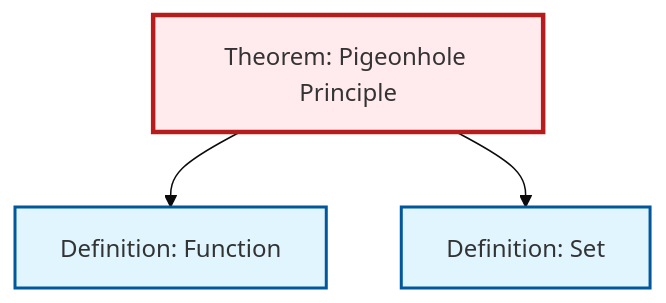
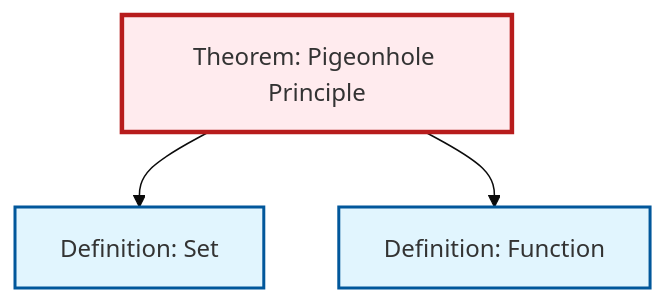
One commit to RK0429/ModernMath changed the diagram in content/en/combinatorics/thm-pigeonhole-principle.qmd. Above: the diagram before and after it, drawn with Mermaid (base theme). The commit also changed other lines of this file and 36 other files, not shown here.

````diff
--- a/content/en/combinatorics/thm-pigeonhole-principle.qmd
+++ b/content/en/combinatorics/thm-pigeonhole-principle.qmd
@@ -63,17 +64,17 @@
 ```{mermaid}
 %%| fig-cap: "Local dependency graph"
 graph TD
     classDef definition fill:#e1f5fe,stroke:#01579b,stroke-width:2px
     classDef theorem fill:#f3e5f5,stroke:#4a148c,stroke-width:2px
     classDef axiom fill:#fff3e0,stroke:#e65100,stroke-width:2px
     classDef example fill:#e8f5e9,stroke:#1b5e20,stroke-width:2px
     classDef current fill:#ffebee,stroke:#b71c1c,stroke-width:3px
-    def-set["Definition: Set"]:::definition
     thm-pigeonhole-principle["Theorem: Pigeonhole Principle"]:::theorem
     def-function["Definition: Function"]:::definition
+    def-set["Definition: Set"]:::definition
+    thm-pigeonhole-principle --> def-set
     thm-pigeonhole-principle --> def-function
-    thm-pigeonhole-principle --> def-set
     class thm-pigeonhole-principle current
+    click def-function "def-function.html" "Go to Function definition"
     click def-set "def-set.html" "Go to Set definition"
-    click def-function "def-function.html" "Go to Function definition"
 ```
````
